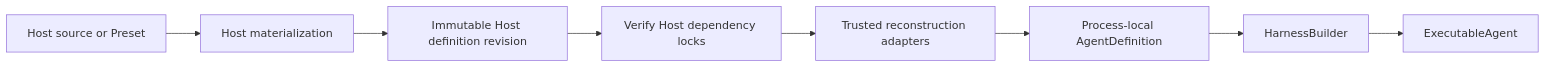
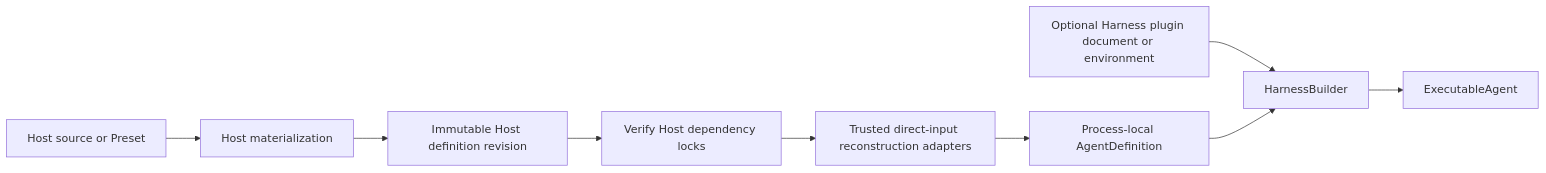
One commit to LTThreeComma/agent-foundation changed the first of 2 diagrams in spec/agent-harness/13-hosting-contract.md. Above: the diagram before and after it, drawn with Mermaid. The commit also changed other lines of this file and 42 other files, not shown here.

First line of the commit message:
feat(harness): add configured plugin loading

````diff
--- a/spec/agent-harness/13-hosting-contract.md
+++ b/spec/agent-harness/13-hosting-contract.md
@@ -24,10 +25,11 @@
 ```mermaid
 flowchart LR
     Source[Host source or Preset] --> Materialize[Host materialization]
     Materialize --> Revision[Immutable Host definition revision]
     Revision --> Verify[Verify Host dependency locks]
-    Verify --> Adapters[Trusted reconstruction adapters]
+    Verify --> Adapters[Trusted direct-input reconstruction adapters]
     Adapters --> Definition[Process-local AgentDefinition]
-    Definition --> Builder[HarnessBuilder]
+    PluginConfig[Optional Harness plugin document or environment] --> Builder[HarnessBuilder]
+    Definition --> Builder
     Builder --> Executable[ExecutableAgent]
 ```
````
